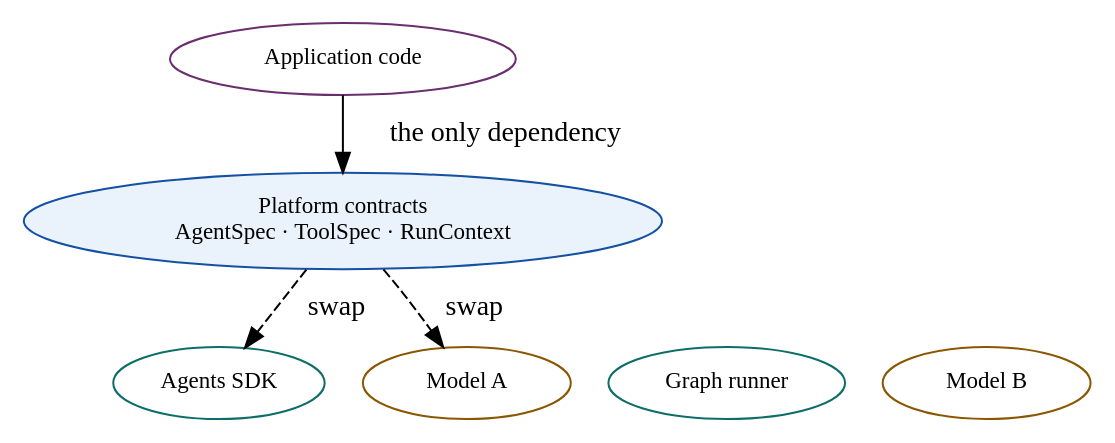
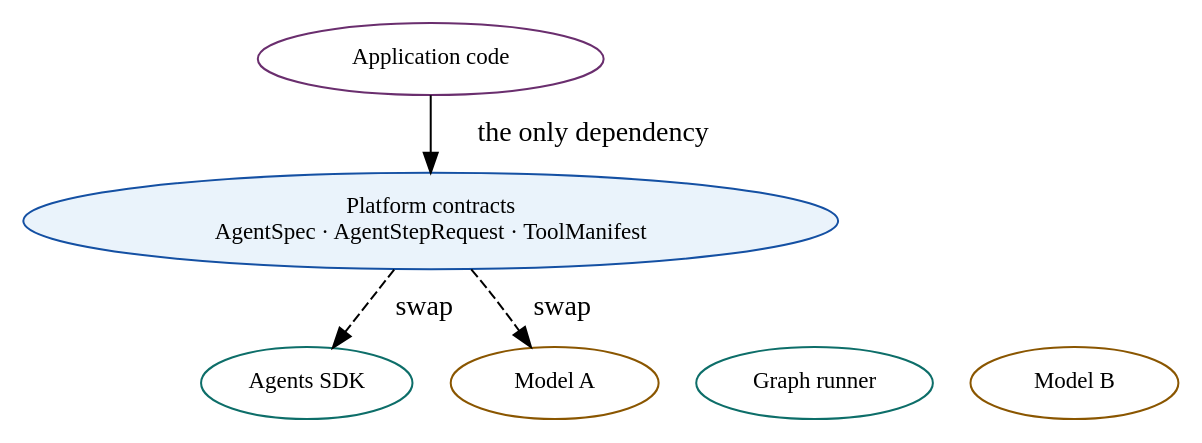
One commit to rrahimi-uci/building-enterprise-general-intelligence changed the diagram in assets/diagrams/src/portability.gv. Above: the diagram before and after it, drawn with Graphviz. The commit also changed 46 other files, not shown here.

```diff
--- a/assets/diagrams/src/portability.gv
+++ b/assets/diagrams/src/portability.gv
@@ -1,31 +1,31 @@
 // Figure 7-2 — Platform contracts with replaceable framework and provider adapters.
 // Message: the contracts are the asset. Frameworks and providers sit behind
 // adapters, so replacing one is an adapter change, not a rewrite.
 digraph portability {
   rankdir = TB
   graph [ranksep=0.34, nodesep=0.26]
   node [width=1.45, fontsize=11.5]
 
   app [label="Application code", fillcolor="#F7ECF8", color="#6A2E6E", width=2.4]
-  contracts [label="Platform contracts\nAgentSpec · ToolSpec · RunContext",
+  contracts [label="Platform contracts\nAgentSpec · AgentStepRequest · ToolManifest",
              fillcolor="#EAF3FB", color="#1450A3", style=filled, width=3.2]
 
   subgraph cluster_frameworks {
     label="  Framework adapters  "; labeljust="l"; fontsize=11.5; fontcolor="#0D6E69"
     color="#0D6E69"; style="rounded,dashed"; margin=12; bgcolor="#F4FBFA"
     f1 [label="Agents SDK", fillcolor="#E7F5F3", color="#0D6E69"]
     f2 [label="Graph runner", fillcolor="#E7F5F3", color="#0D6E69"]
   }
   subgraph cluster_providers {
     label="  Provider adapters  "; labeljust="l"; fontsize=11.5; fontcolor="#8A5600"
     color="#8A5600"; style="rounded,dashed"; margin=12; bgcolor="#FFFCF5"
     p1 [label="Model A", fillcolor="#FFF4DF", color="#8A5600"]
     p2 [label="Model B", fillcolor="#FFF4DF", color="#8A5600"]
   }
 
   app -> contracts [label="  the only dependency  "]
   contracts -> f1 [label="  swap  ", style=dashed]
   contracts -> p1 [label="  swap  ", style=dashed]
   { rank=same; f1; f2 }
   { rank=same; p1; p2 }
 }
```
